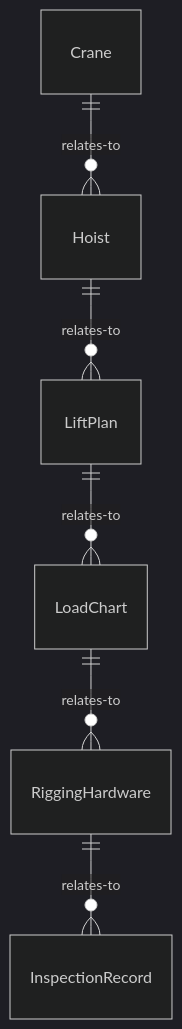
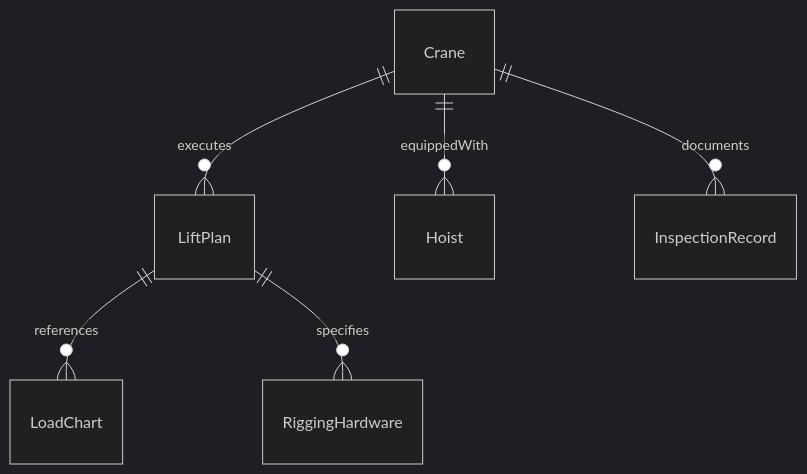
One commit to dot-org-ai/tasks.org.ai changed the first of 4 diagrams in ControllingMachinesAndProcesses/OperateLiftingOrMovingEquipment/OperateCranesHoistsMovingLifting.mdx. Above: the diagram before and after it, drawn with Mermaid (dark theme). The commit also changed other lines of this file and 515 other files, not shown here.

````diff
--- a/ControllingMachinesAndProcesses/OperateLiftingOrMovingEquipment/OperateCranesHoistsMovingLifting.mdx
+++ b/ControllingMachinesAndProcesses/OperateLiftingOrMovingEquipment/OperateCranesHoistsMovingLifting.mdx
@@ -87,8 +87,8 @@
 ```mermaid
 erDiagram
-    Crane ||--o{ Hoist : relates-to
-    Hoist ||--o{ LiftPlan : relates-to
-    LiftPlan ||--o{ LoadChart : relates-to
-    LoadChart ||--o{ RiggingHardware : relates-to
-    RiggingHardware ||--o{ InspectionRecord : relates-to
+    Crane ||--o{ LiftPlan : executes
+    Crane ||--o{ Hoist : equippedWith
+    LiftPlan ||--o{ LoadChart : references
+    LiftPlan ||--o{ RiggingHardware : specifies
+    Crane ||--o{ InspectionRecord : documents
 ```
````
